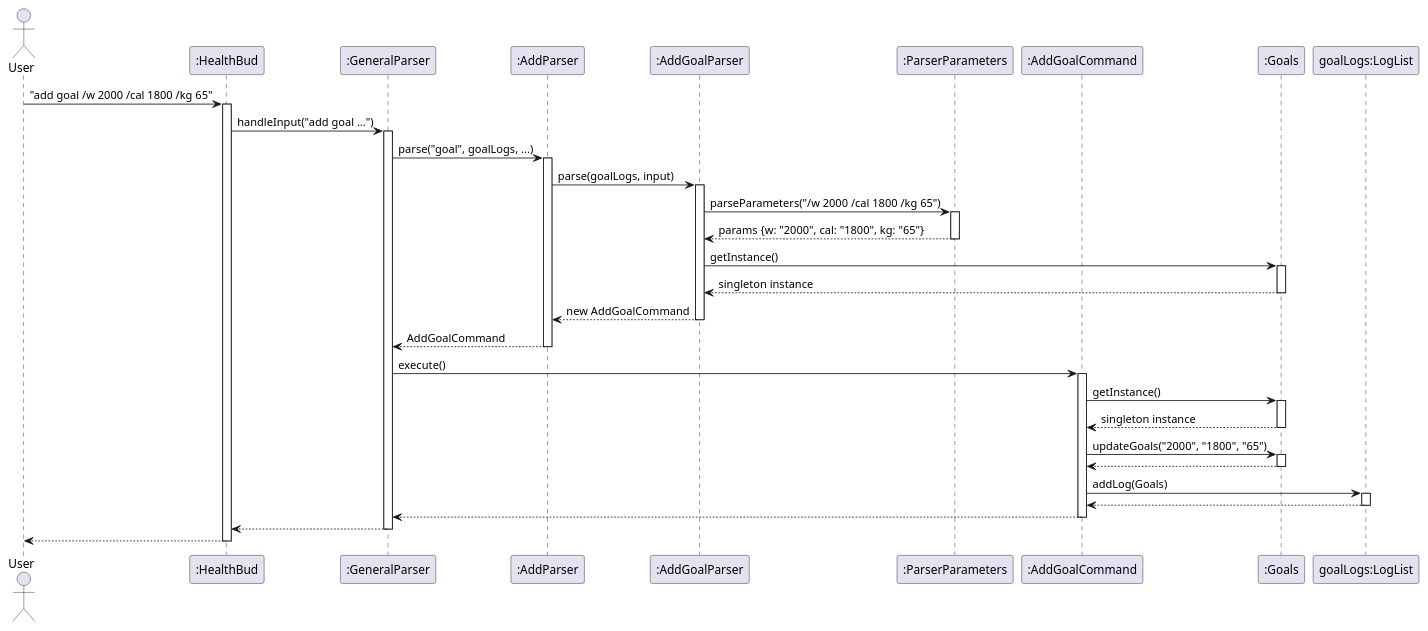
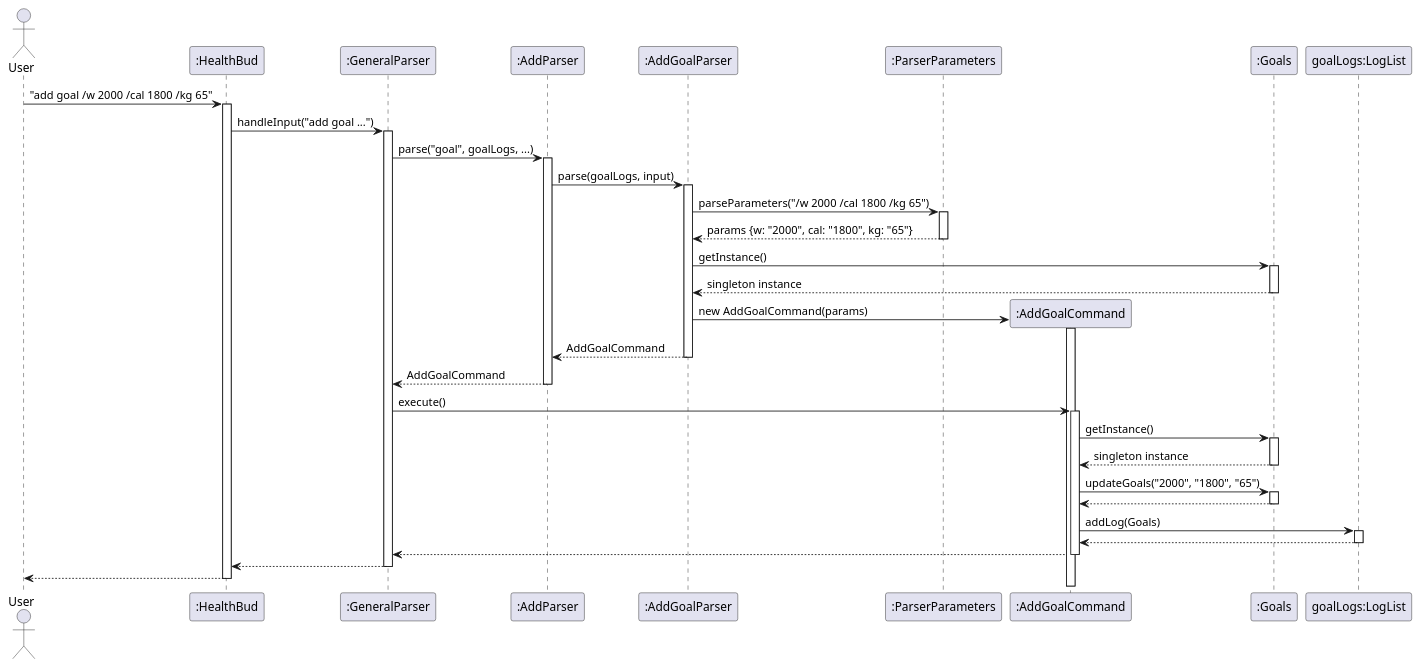
The diagram in docs/diagrams/GoalSD.puml (Jasonlobo21/tp), drawn with PlantUML before and after one commit. The commit also changed 1 other file, not shown here.

```diff
--- a/docs/diagrams/GoalSD.puml
+++ b/docs/diagrams/GoalSD.puml
@@ -1,66 +1,69 @@
 @startuml
 actor User
 participant ":HealthBud" as HealthBud
 participant ":GeneralParser" as GeneralParser
 participant ":AddParser" as AddParser
 participant ":AddGoalParser" as AddGoalParser
 participant ":ParserParameters" as ParserParameters
 participant ":AddGoalCommand" as AddGoalCommand
 participant ":Goals" as Goals
 participant "goalLogs:LogList" as LogList
 
 User -> HealthBud : "add goal /w 2000 /cal 1800 /kg 65"
 activate HealthBud
 
 HealthBud -> GeneralParser : handleInput("add goal ...")
 activate GeneralParser
 
 GeneralParser -> AddParser : parse("goal", goalLogs, ...)
 activate AddParser
 
 AddParser -> AddGoalParser : parse(goalLogs, input)
 activate AddGoalParser
 
 AddGoalParser -> ParserParameters : parseParameters("/w 2000 /cal 1800 /kg 65")
 activate ParserParameters
 ParserParameters --> AddGoalParser : params {w: "2000", cal: "1800", kg: "65"}
 deactivate ParserParameters
 
 AddGoalParser -> Goals : getInstance()
 activate Goals
 Goals --> AddGoalParser : singleton instance
 deactivate Goals
 
-AddGoalParser --> AddParser : new AddGoalCommand
+create AddGoalCommand
+AddGoalParser -> AddGoalCommand : new AddGoalCommand(params)
+activate AddGoalCommand
+AddGoalParser --> AddParser : AddGoalCommand
 deactivate AddGoalParser
 
 AddParser --> GeneralParser : AddGoalCommand
 deactivate AddParser
 
 GeneralParser -> AddGoalCommand : execute()
 activate AddGoalCommand
 
 AddGoalCommand -> Goals : getInstance()
 activate Goals
 Goals --> AddGoalCommand : singleton instance
 deactivate Goals
 
 AddGoalCommand -> Goals : updateGoals("2000", "1800", "65")
 activate Goals
 Goals --> AddGoalCommand
 deactivate Goals
 
 AddGoalCommand -> LogList : addLog(Goals)
 activate LogList
 LogList --> AddGoalCommand
 deactivate LogList
 
 AddGoalCommand --> GeneralParser
 deactivate AddGoalCommand
 
 GeneralParser --> HealthBud
 deactivate GeneralParser
 
 HealthBud --> User
 deactivate HealthBud
 @enduml
```
